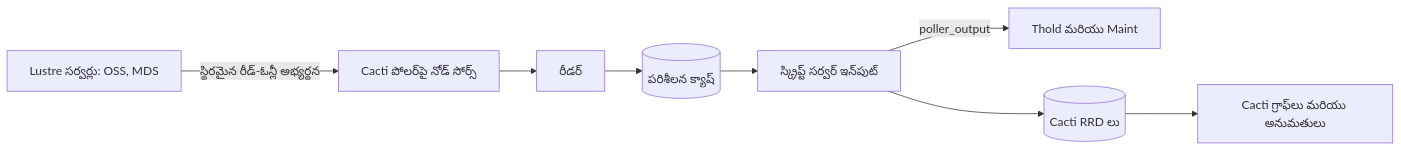
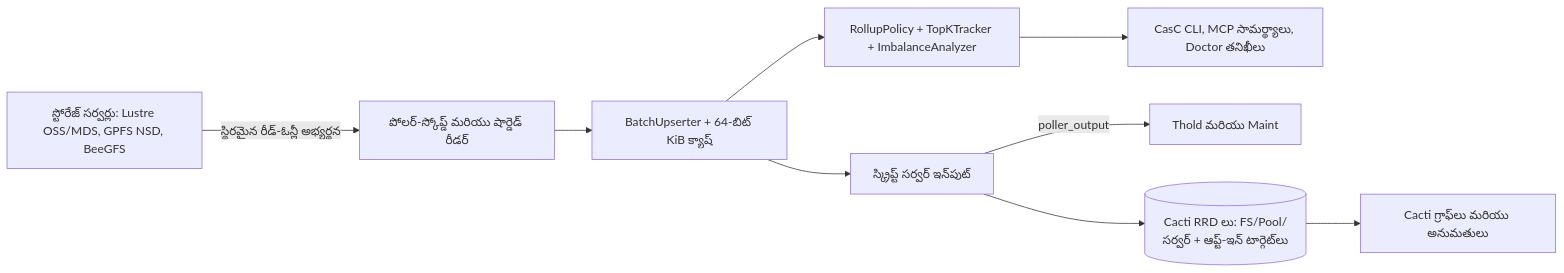
Before and after one commit to somethingwithproof/plugin_pfs: the diagram in docs/i18n/te-IN/README.md, drawn with Mermaid. The commit also changed other lines of this file and 47 other files, not shown here.

````diff
--- a/docs/i18n/te-IN/README.md
+++ b/docs/i18n/te-IN/README.md
@@ -66,10 +74,11 @@
 ```mermaid
 flowchart LR
-    N["Lustre సర్వర్లు: OSS, MDS"] -->|స్థిరమైన రీడ్-ఓన్లీ అభ్యర్థన| S["Cacti పోలర్‌పై నోడ్ సోర్స్"]
-    S --> R["రీడర్"]
-    R --> C[("పరిశీలన క్యాష్")]
-    C --> SS["స్క్రిప్ట్ సర్వర్ ఇన్‌పుట్"]
+    N["స్టోరేజ్ సర్వర్లు: Lustre OSS/MDS, GPFS NSD, BeeGFS"] -->|స్థిరమైన రీడ్-ఓన్లీ అభ్యర్థన| S["పోలర్-స్కోప్డ్ మరియు షార్డెడ్ రీడర్"]
+    S --> B["BatchUpserter + 64-బిట్ KiB క్యాష్"]
+    B --> R["RollupPolicy + TopKTracker + ImbalanceAnalyzer"]
+    B --> SS["స్క్రిప్ట్ సర్వర్ ఇన్‌పుట్"]
+    R --> ECO["CasC CLI, MCP సామర్థ్యాలు, Doctor తనిఖీలు"]
     SS -->|poller_output| T["Thold మరియు Maint"]
-    SS --> RRD[("Cacti RRD లు")]
+    SS --> RRD[("Cacti RRD లు: FS/Pool/సర్వర్ + ఆప్ట్-ఇన్ టార్గెట్‌లు")]
     RRD --> G["Cacti గ్రాఫ్‌లు మరియు అనుమతులు"]
 ```
````
